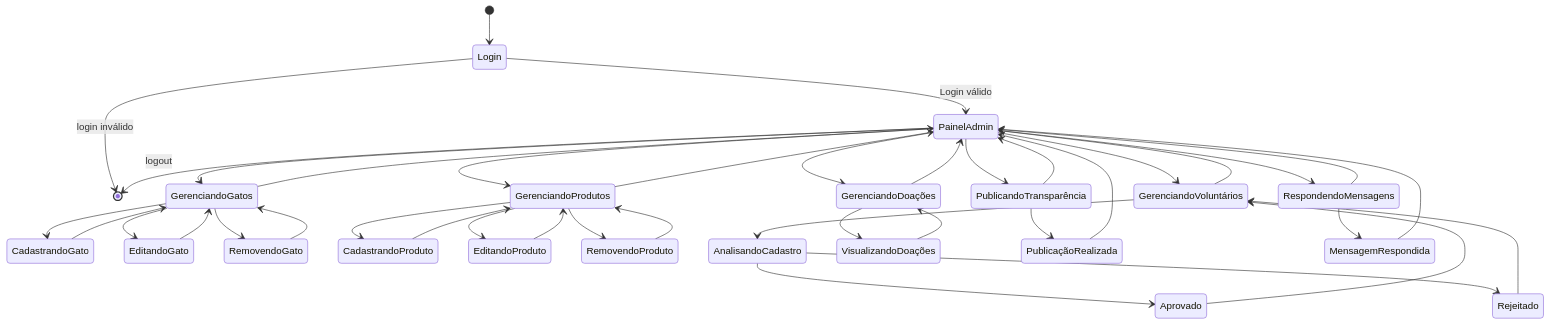
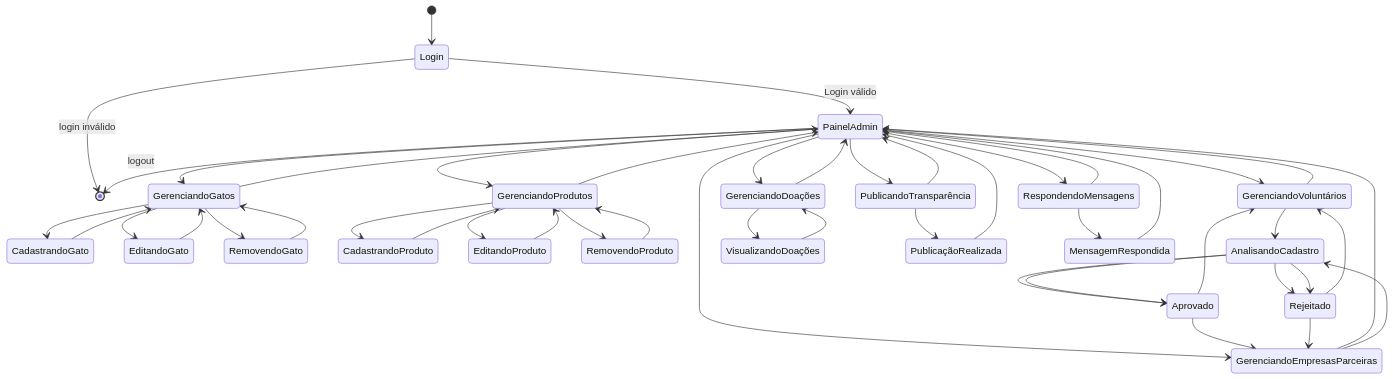
Before and after one commit to ligiaoliveira/Casa-dos-Gatos: the diagram in docs/diagramas/estados_admin.md, drawn with Mermaid.

````diff
--- a/docs/diagramas/estados_admin.md
+++ b/docs/diagramas/estados_admin.md
@@ -1,63 +1,73 @@
 ```mermaid
 stateDiagram-v2
 
   [*] --> Login
   Login --> PainelAdmin : Login válido
   Login --> [*] : login inválido
 
   %% HUB CENTRAL
   state PainelAdmin
   
   %% Distribuição equilibrada
   PainelAdmin --> GerenciandoGatos
   PainelAdmin --> GerenciandoProdutos
   PainelAdmin --> GerenciandoVoluntários
+  PainelAdmin --> GerenciandoEmpresasParceiras
   PainelAdmin --> GerenciandoDoações
   PainelAdmin --> PublicandoTransparência
   PainelAdmin --> RespondendoMensagens
 
   %% Retornos
   GerenciandoGatos --> PainelAdmin
   GerenciandoProdutos --> PainelAdmin
   GerenciandoVoluntários --> PainelAdmin
+  GerenciandoEmpresasParceiras --> PainelAdmin
   GerenciandoDoações --> PainelAdmin
   PublicandoTransparência --> PainelAdmin
   RespondendoMensagens --> PainelAdmin
 
   %% Gatos
   GerenciandoGatos --> CadastrandoGato
   GerenciandoGatos --> EditandoGato
   GerenciandoGatos --> RemovendoGato
   CadastrandoGato --> GerenciandoGatos
   EditandoGato --> GerenciandoGatos
   RemovendoGato --> GerenciandoGatos
 
   %% Produtos
   GerenciandoProdutos --> CadastrandoProduto
   GerenciandoProdutos --> EditandoProduto
   GerenciandoProdutos --> RemovendoProduto
   CadastrandoProduto --> GerenciandoProdutos
   EditandoProduto --> GerenciandoProdutos
   RemovendoProduto --> GerenciandoProdutos
 
   %% Voluntários
   GerenciandoVoluntários --> AnalisandoCadastro
   AnalisandoCadastro --> Aprovado
   AnalisandoCadastro --> Rejeitado
   Aprovado --> GerenciandoVoluntários
   Rejeitado --> GerenciandoVoluntários
 
+  %% Empresas Parceiras
+  GerenciandoEmpresasParceiras --> AnalisandoCadastro
+  AnalisandoCadastro --> Aprovado
+  AnalisandoCadastro --> Rejeitado
+  Aprovado --> GerenciandoEmpresasParceiras
+  Rejeitado --> GerenciandoEmpresasParceiras
+
   %% Doações
   GerenciandoDoações --> VisualizandoDoações
   VisualizandoDoações --> GerenciandoDoações
 
   %% Transparência
   PublicandoTransparência --> PublicaçãoRealizada
   PublicaçãoRealizada --> PainelAdmin
 
   %% Mensagens
   RespondendoMensagens --> MensagemRespondida
   MensagemRespondida --> PainelAdmin
 
   PainelAdmin --> [*] : logout
+
 ```
````
